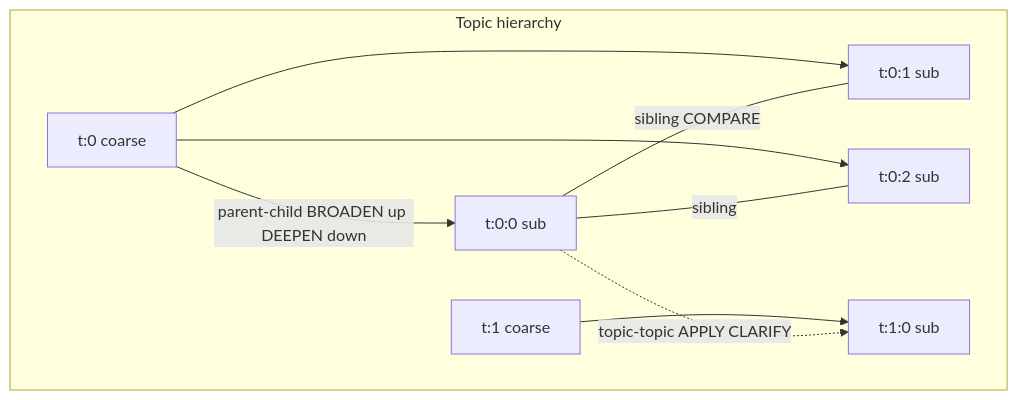
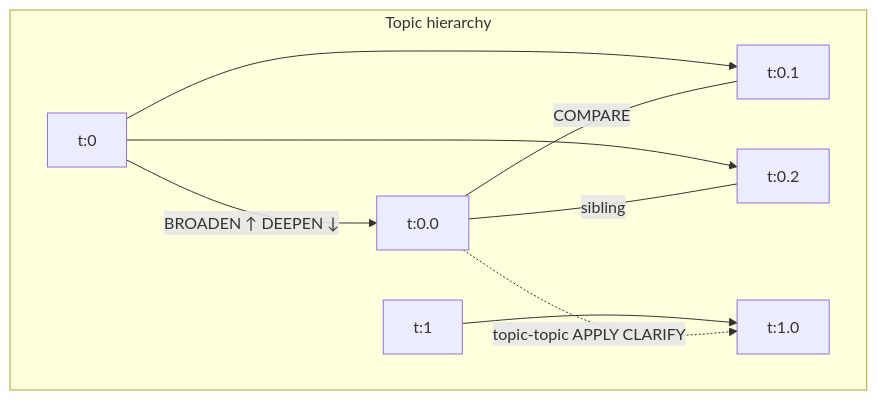
One commit to Jpisnice/betterMem changed the first of 2 diagrams in README.md. Above: the diagram before and after it, drawn with Mermaid. The commit also changed other lines of this file and 7 other files, not shown here.

````diff
--- a/README.md
+++ b/README.md
@@ -54,18 +61,18 @@
 ```mermaid
 graph TB
   subgraph hierarchy [Topic hierarchy]
-    T0["t:0 coarse"]
-    T00["t:0:0 sub"]
-    T01["t:0:1 sub"]
-    T02["t:0:2 sub"]
-    T1["t:1 coarse"]
-    T10["t:1:0 sub"]
-    T0 -->|parent-child BROADEN up DEEPEN down| T00
+    T0["t:0"]
+    T00["t:0.0"]
+    T01["t:0.1"]
+    T02["t:0.2"]
+    T1["t:1"]
+    T10["t:1.0"]
+    T0 -->|BROADEN ↑ DEEPEN ↓| T00
     T0 --> T01
     T0 --> T02
     T1 --> T10
-    T00 ---|sibling COMPARE| T01
+    T00 ---|COMPARE| T01
     T00 ---|sibling| T02
   end
   T00 -.->|topic-topic APPLY CLARIFY| T10
 ```
````
